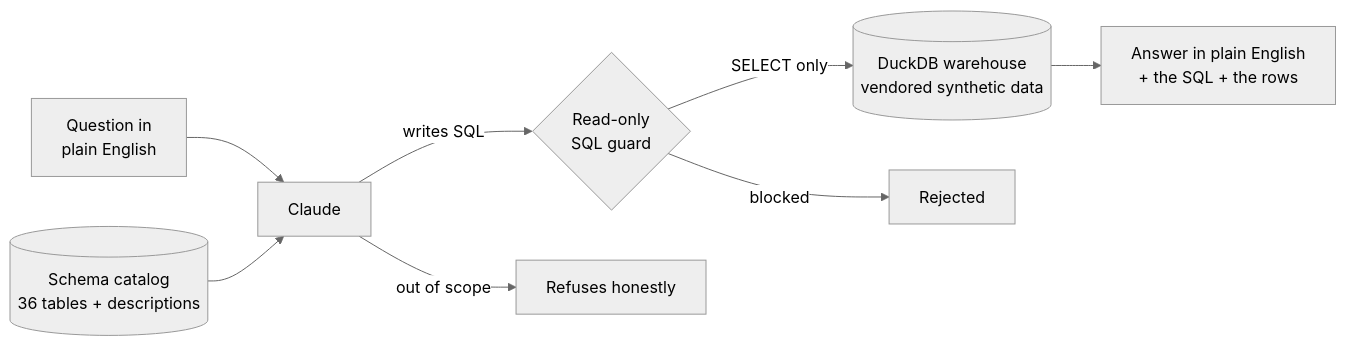
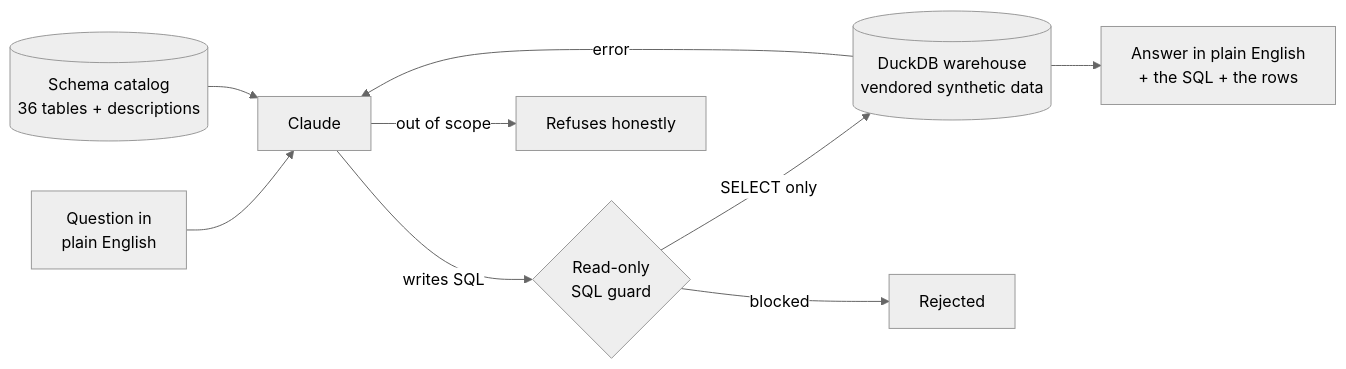
The diagram in README.md (KushPatel29/IVA), drawn with Mermaid (neutral theme) before and after one commit. The commit also changed other lines of this file, not shown here.

````diff
--- a/README.md
+++ b/README.md
@@ -52,10 +82,11 @@
 ```mermaid
 flowchart LR
     Q["Question in<br/>plain English"] --> A[Claude]
     C[("Schema catalog<br/>36 tables + descriptions")] --> A
     A -->|writes SQL| G{"Read-only<br/>SQL guard"}
     A -->|out of scope| R["Refuses honestly"]
     G -->|SELECT only| DB[("DuckDB warehouse<br/>vendored synthetic data")]
     G -->|blocked| X["Rejected"]
+    DB -->|error| A
     DB --> S["Answer in plain English<br/>+ the SQL + the rows"]
 ```
````
